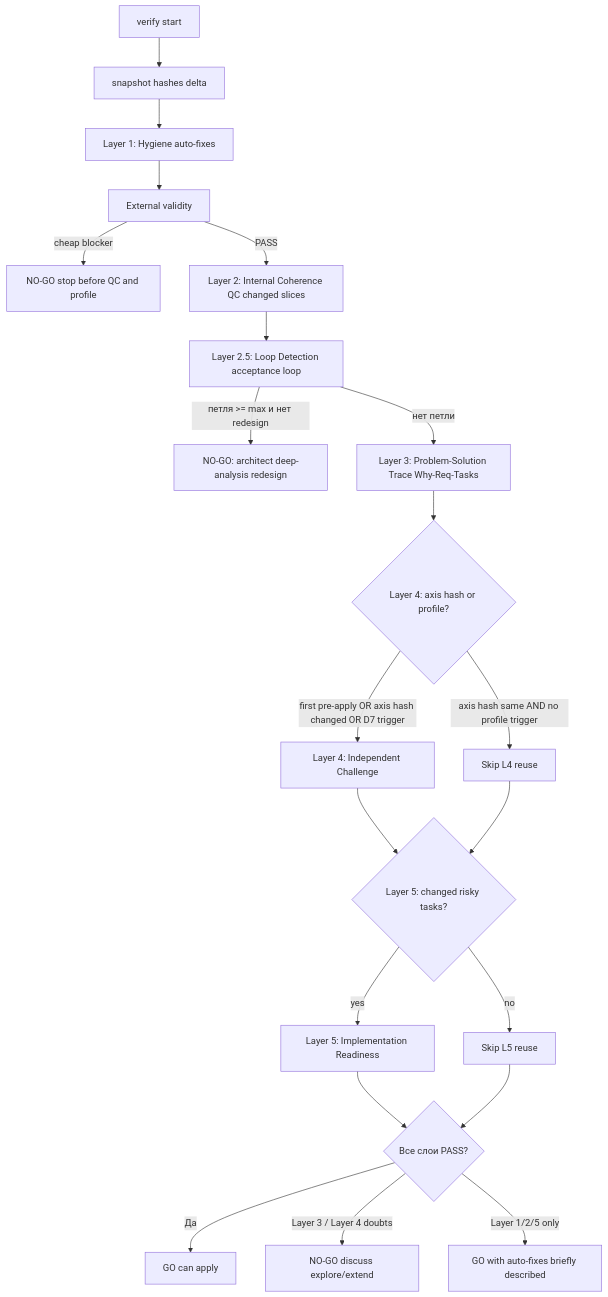
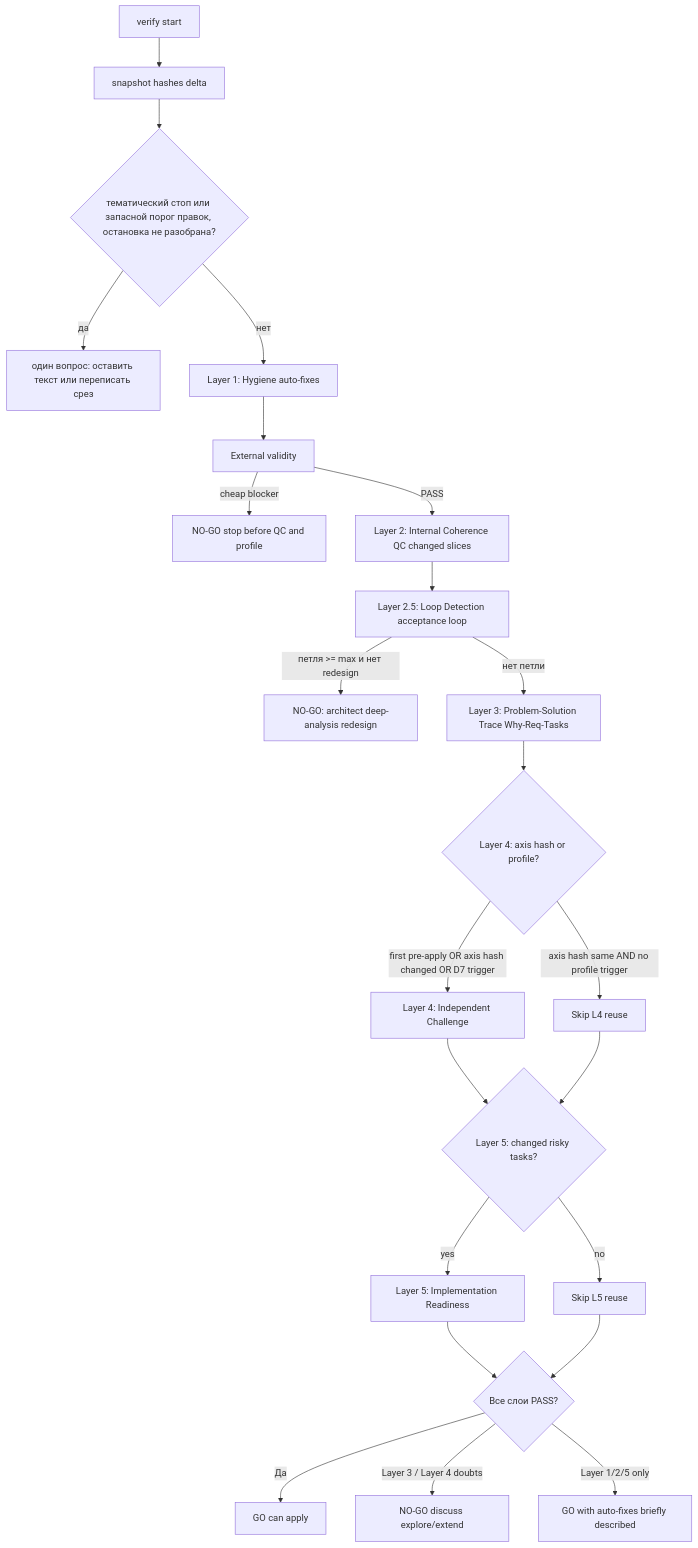
Before and after one commit to Borisov-Ivan/1c-ai-development-kit-van: the diagram in .cursor/skills/openspec-verify-change/SKILL.md, drawn with Mermaid. The commit also changed other lines of this file and 29 other files, not shown here.

````diff
--- a/.cursor/skills/openspec-verify-change/SKILL.md
+++ b/.cursor/skills/openspec-verify-change/SKILL.md
@@ -27,23 +27,25 @@
 ```mermaid
 flowchart TD
   start[verify start] --> Snap[snapshot hashes delta]
-  Snap --> L1[Layer 1: Hygiene auto-fixes]
+  Snap --> PatchStop{тематический стоп или запасной порог правок, остановка не разобрана?}
+  PatchStop -->|да| OnlyQ[один вопрос: оставить текст или переписать срез]
+  PatchStop -->|нет| L1[Layer 1: Hygiene auto-fixes]
   L1 --> ExtVal[External validity]
   ExtVal -->|cheap blocker| Stop[NO-GO stop before QC and profile]
   ExtVal -->|PASS| L2[Layer 2: Internal Coherence QC changed slices]
   L2 --> L25[Layer 2.5: Loop Detection acceptance loop]
   L25 -->|петля >= max и нет redesign| LoopNoGo[NO-GO: architect deep-analysis redesign]
   L25 -->|нет петли| L3[Layer 3: Problem-Solution Trace Why-Req-Tasks]
   L3 --> Trigger{Layer 4: axis hash or profile?}
   Trigger -->|first pre-apply OR axis hash changed OR D7 trigger| L4[Layer 4: Independent Challenge]
   Trigger -->|axis hash same AND no profile trigger| SkipL4[Skip L4 reuse]
   L4 --> L5trig{Layer 5: changed risky tasks?}
   SkipL4 --> L5trig
   L5trig -->|yes| L5[Layer 5: Implementation Readiness]
   L5trig -->|no| SkipL5[Skip L5 reuse]
   L5 --> Verdict{Все слои PASS?}
   SkipL5 --> Verdict
   Verdict -->|Да| GO[GO can apply]
   Verdict -->|Layer 3 / Layer 4 doubts| NoGo[NO-GO discuss explore/extend]
   Verdict -->|Layer 1/2/5 only| Hygiene[GO with auto-fixes briefly described]
 ```
````
